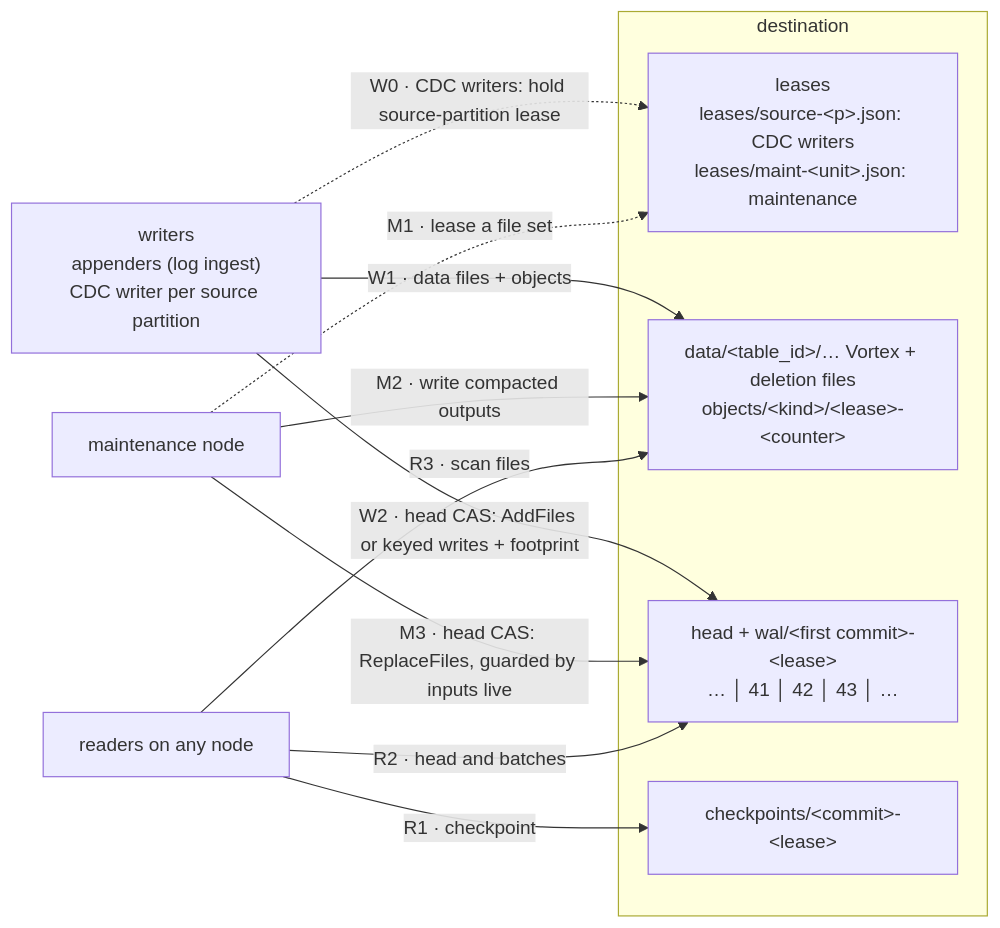
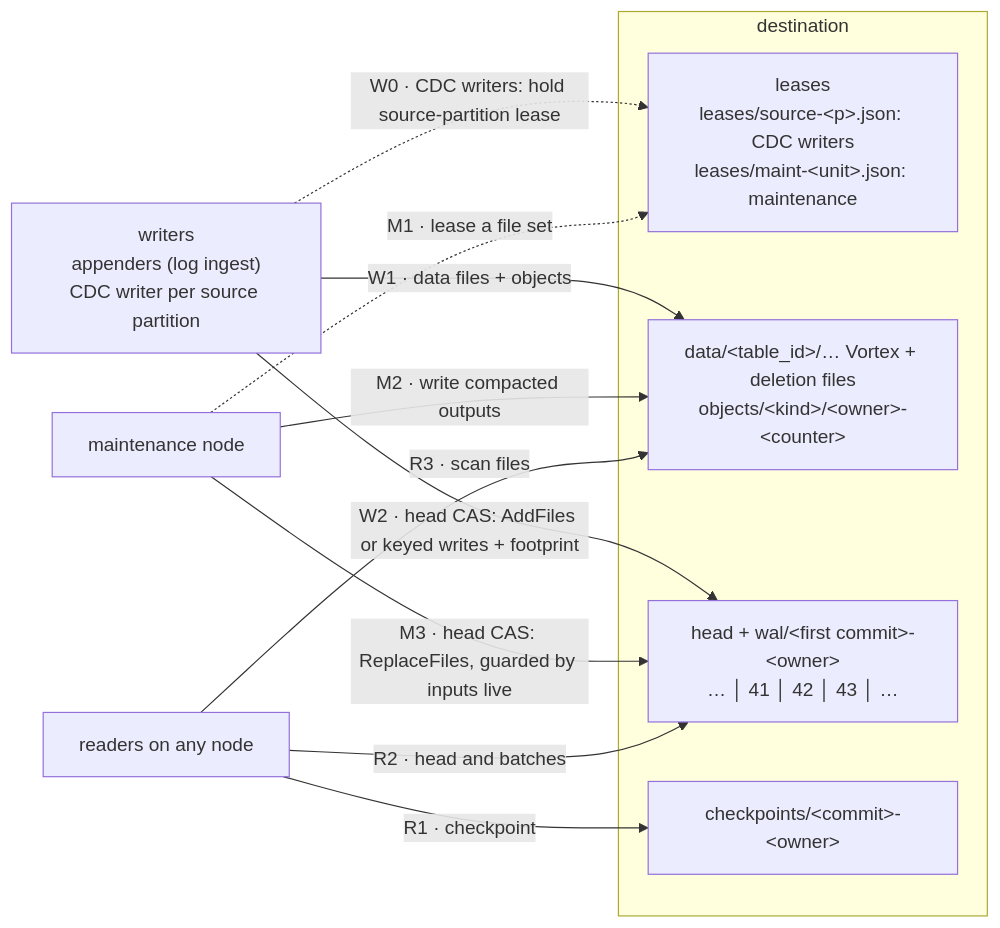
The fourth of 5 diagrams in docs/design/object-native-metastore-technical.md (spiceai/spiceai), drawn with Mermaid before and after one commit. The commit also changed other lines of this file and 2 other files, not shown here.

First line of the commit message:
docs(design): name objects by owner, order standbys after data placement

````diff
--- a/docs/design/object-native-metastore-technical.md
+++ b/docs/design/object-native-metastore-technical.md
@@ -1072,23 +1081,23 @@
 ```mermaid
 flowchart LR
     W["writers<br/>appenders (log ingest)<br/>CDC writer per source partition"]
     M["maintenance node"]
     Q["readers on any node"]
 
     subgraph DEST["destination"]
         L["leases<br/>leases/source-&lt;p&gt;.json: CDC writers<br/>leases/maint-&lt;unit&gt;.json: maintenance"]
-        DF["data/&lt;table_id&gt;/… Vortex + deletion files<br/>objects/&lt;kind&gt;/&lt;lease&gt;-&lt;counter&gt;"]
-        LOG["head + wal/&lt;first commit&gt;-&lt;lease&gt;<br/>… │ 41 │ 42 │ 43 │ …"]
-        CK["checkpoints/&lt;commit&gt;-&lt;lease&gt;"]
+        DF["data/&lt;table_id&gt;/… Vortex + deletion files<br/>objects/&lt;kind&gt;/&lt;owner&gt;-&lt;counter&gt;"]
+        LOG["head + wal/&lt;first commit&gt;-&lt;owner&gt;<br/>… │ 41 │ 42 │ 43 │ …"]
+        CK["checkpoints/&lt;commit&gt;-&lt;owner&gt;"]
     end
 
     W -.->|"W0 · CDC writers: hold source-partition lease"| L
     W -->|"W1 · data files + objects"| DF
     W -->|"W2 · head CAS: AddFiles or keyed writes + footprint"| LOG
     M -.->|"M1 · lease a file set"| L
     M -->|"M2 · write compacted outputs"| DF
     M -->|"M3 · head CAS: ReplaceFiles, guarded by inputs live"| LOG
     Q -->|"R1 · checkpoint"| CK
     Q -->|"R2 · head and batches"| LOG
     Q -->|"R3 · scan files"| DF
 ```
````
